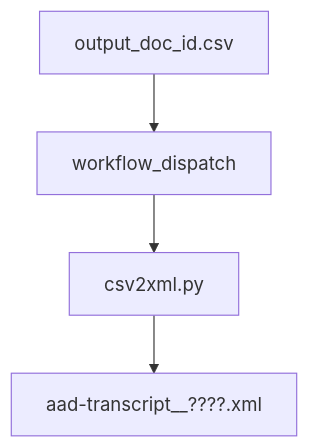
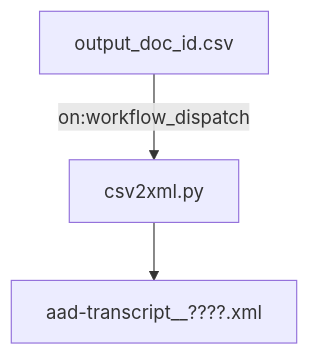
The second of 2 diagrams in README.md (auden-in-austria-digital/aad-data), drawn with Mermaid before and after one commit. The commit also changed other lines of this file, not shown here.

````diff
--- a/README.md
+++ b/README.md
@@ -26,6 +25,5 @@
 ```mermaid
 flowchart TD;
-    output_doc_id.csv-->workflow_dispatch;
-    workflow_dispatch-->csv2xml.py;
+    output_doc_id.csv-->|on:workflow_dispatch| csv2xml.py;
     csv2xml.py-->aad-transcript__????.xml;
 ```
````
